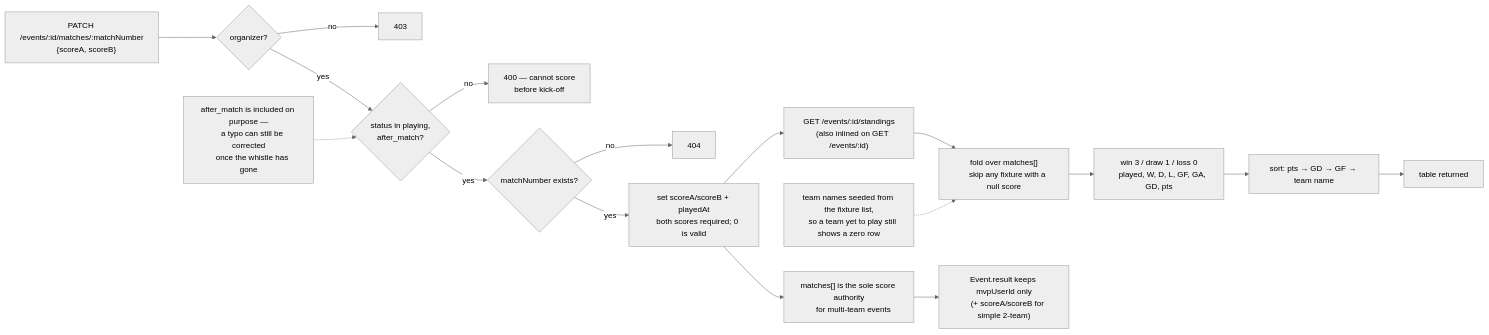
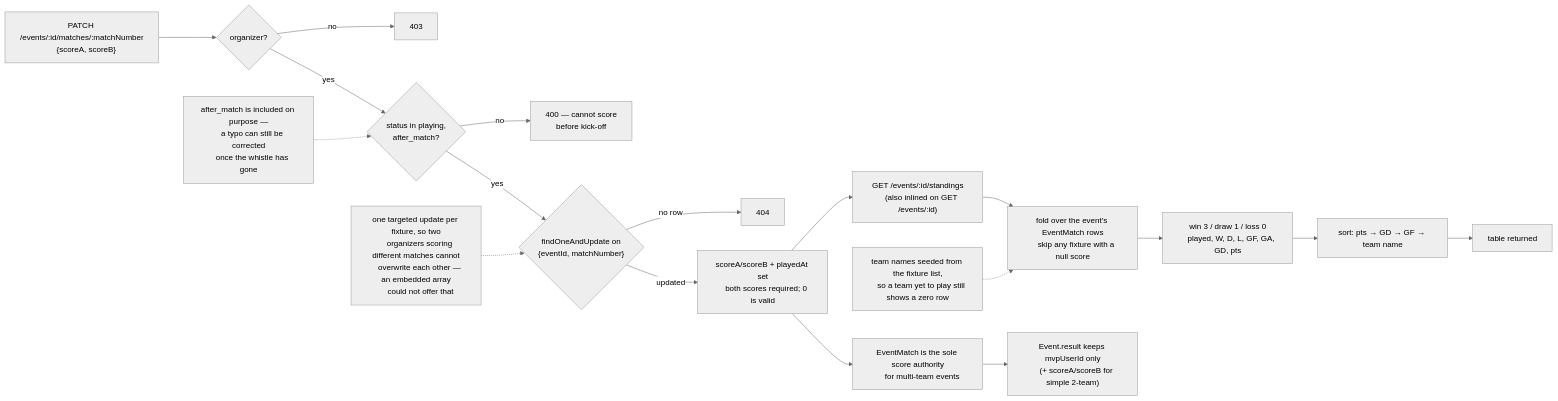
The diagram in docs/superpowers/diagrams/events-5-5-score-entry-standings.mmd (heinlinaung/kickr_backend), drawn with Mermaid (neutral theme) before and after one commit. The commit also changed 15 other files, not shown here.

```diff
--- a/docs/superpowers/diagrams/events-5-5-score-entry-standings.mmd
+++ b/docs/superpowers/diagrams/events-5-5-score-entry-standings.mmd
@@ -1,36 +1,42 @@
 %% 5.5 Score entry & standings
 %% Source of truth for this diagram. Rendered from ../specs/2026-08-03-events-feature-spec.md §5.5
 %% Edit here, not in the spec — the spec links to this file.
 flowchart LR
     A["PATCH /events/:id/matches/:matchNumber
     {scoreA, scoreB}"] --> B{organizer?}
     B -->|no| B1[403]
     B -->|yes| C{"status in playing,
     after_match?"}
     C -->|no| C1["400 — cannot score
     before kick-off"]
-    C -->|yes| D{matchNumber exists?}
-    D -->|no| D1[404]
-    D -->|yes| E["set scoreA/scoreB + playedAt
+    C -->|yes| D{"findOneAndUpdate on
+    {eventId, matchNumber}"}
+    D -->|"no row"| D1[404]
+    D -->|updated| E["scoreA/scoreB + playedAt set
     both scores required; 0 is valid"]
 
     E --> F["GET /events/:id/standings
     (also inlined on GET /events/:id)"]
-    F --> G["fold over matches[]
+    F --> G["fold over the event's EventMatch rows
     skip any fixture with a null score"]
     G --> H["win 3 / draw 1 / loss 0
     played, W, D, L, GF, GA, GD, pts"]
     H --> I["sort: pts → GD → GF → team name"]
     I --> J[table returned]
 
     K["team names seeded from the fixture list,
     so a team yet to play still shows a zero row"] -.-> G
 
     L["after_match is included on purpose —
     a typo can still be corrected
     once the whistle has gone"] -.-> C
 
-    E --> M["matches[] is the sole score authority
+    O["one targeted update per fixture, so two
+    organizers scoring different matches cannot
+    overwrite each other — an embedded array
+    could not offer that"] -.-> D
+
+    E --> M["EventMatch is the sole score authority
     for multi-team events"]
     M --> N["Event.result keeps mvpUserId only
     (+ scoreA/scoreB for simple 2-team)"]
```
